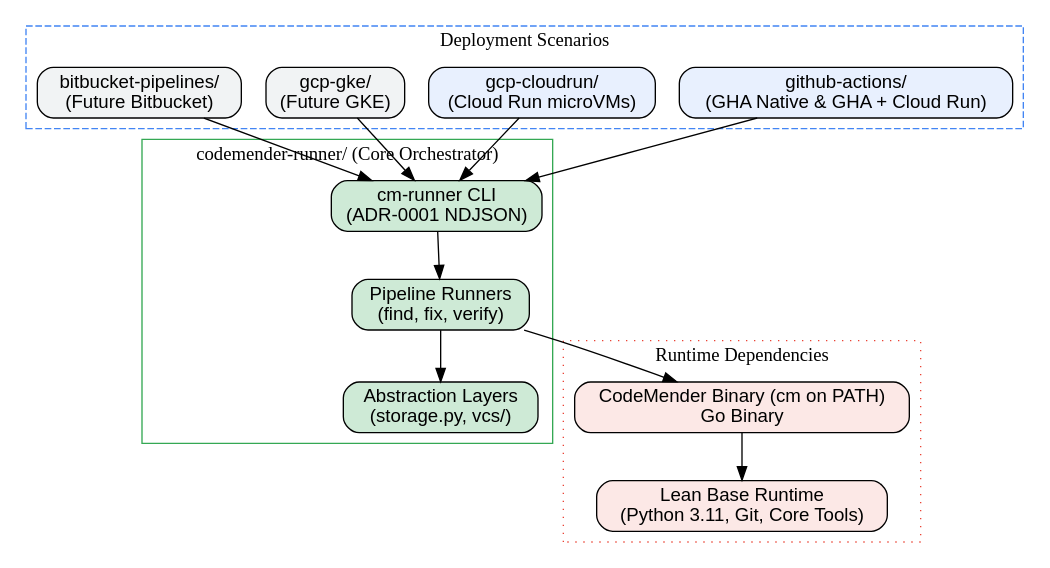
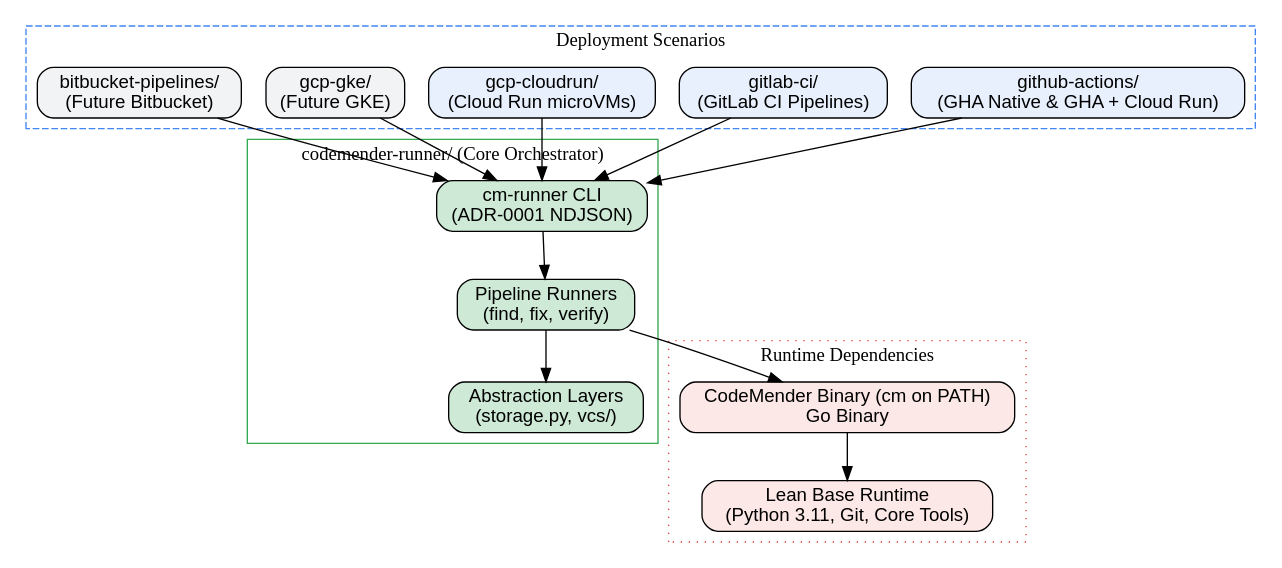
The diagram in docs/adr/ADR-0004-project-tech-stack-and-repo-architecture.md (avnit/codemender-runner-mcp), drawn with Graphviz before and after one commit. The commit also changed other lines of this file and 6 other files, not shown here.

````diff
--- a/docs/adr/ADR-0004-project-tech-stack-and-repo-architecture.md
+++ b/docs/adr/ADR-0004-project-tech-stack-and-repo-architecture.md
@@ -89,43 +90,45 @@
 ```dot
 digraph TechStackArchitecture {
   rankdir=TB;
   node [shape=box, style="filled,rounded", fontname="Helvetica"];
 
   subgraph cluster_scenarios {
     label = "Deployment Scenarios";
     style = "dashed";
     color = "#4285F4";
     GHA [label="github-actions/\n(GHA Native & GHA + Cloud Run)", fillcolor="#E8F0FE"];
+    GitLab [label="gitlab-ci/\n(GitLab CI Pipelines)", fillcolor="#E8F0FE"];
     GCPCloudRun [label="gcp-cloudrun/\n(Cloud Run microVMs)", fillcolor="#E8F0FE"];
     GCPGKE [label="gcp-gke/\n(Future GKE)", fillcolor="#F1F3F4"];
     Bitbucket [label="bitbucket-pipelines/\n(Future Bitbucket)", fillcolor="#F1F3F4"];
   }
 
   subgraph cluster_core {
     label = "codemender-runner/ (Core Orchestrator)";
     style = "solid";
     color = "#34A853";
     CLI [label="cm-runner CLI\n(ADR-0001 NDJSON)", fillcolor="#CEEAD6"];
     Runners [label="Pipeline Runners\n(find, fix, verify)", fillcolor="#CEEAD6"];
     Adapters [label="Abstraction Layers\n(storage.py, vcs/)", fillcolor="#CEEAD6"];
   }
 
   subgraph cluster_engine {
     label = "Runtime Dependencies";
     style = "dotted";
     color = "#EA4335";
     CM [label="CodeMender Binary (cm on PATH)\nGo Binary", fillcolor="#FCE8E6"];
     Toolchains [label="Lean Base Runtime\n(Python 3.11, Git, Core Tools)", fillcolor="#FCE8E6"];
   }
 
   GHA -> CLI;
+  GitLab -> CLI;
   GCPCloudRun -> CLI;
   GCPGKE -> CLI;
   Bitbucket -> CLI;
 
   CLI -> Runners;
   Runners -> Adapters;
   Runners -> CM;
   CM -> Toolchains;
 }
 ```
````
